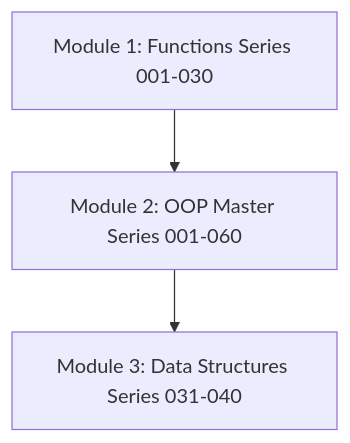
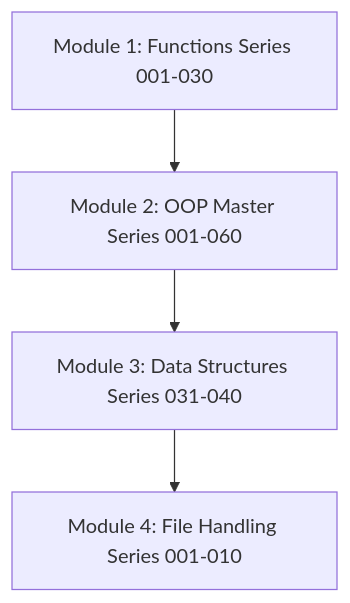
The diagram in README.md (LIKITH-3012-MAC/Complete-Python-3-oops-also-), drawn with Mermaid before and after one commit. The commit also changed other lines of this file and 10 other files, not shown here.

Commit message:
Complete Batch 2 of Python File Handling Series (006-010) compiled notebooks and update README

````diff
--- a/README.md
+++ b/README.md
@@ -22,5 +22,6 @@
 ```mermaid
 graph TD
     A[Module 1: Functions Series 001-030] --> B[Module 2: OOP Master Series 001-060]
     B --> C[Module 3: Data Structures Series 031-040]
+    C --> D[Module 4: File Handling Series 001-010]
 ```
````
